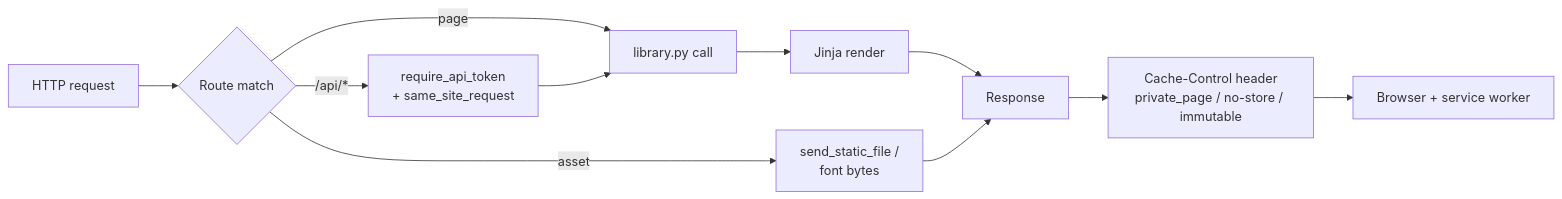
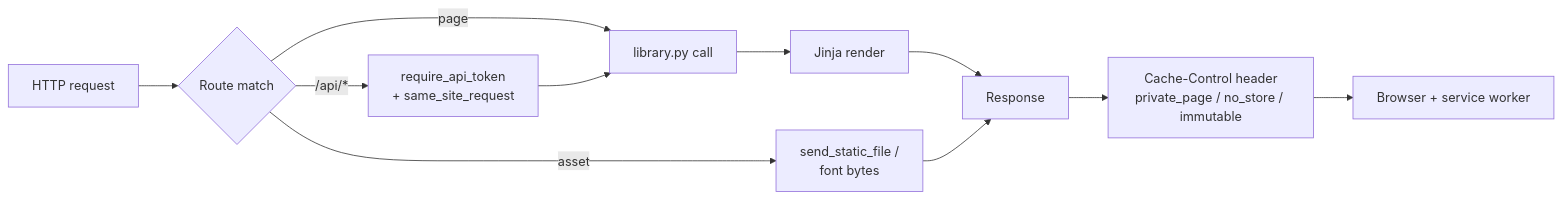
One commit to OnixHoque/aayatun changed the fourth of 16 diagrams in ARCHITECTURE.md. Above: the diagram before and after it, drawn with Mermaid. The commit also changed other lines of this file, not shown here.

First line of the commit message:
Rewrite ARCHITECTURE.md as a modular operations manual

````diff
--- a/ARCHITECTURE.md
+++ b/ARCHITECTURE.md
@@ -134,13 +274,13 @@
 ```mermaid
 flowchart LR
     A["HTTP request"] --> B{"Route match"}
     B -->|"page"| C["library.py call"]
     B -->|"/api/*"| D["require_api_token<br/>+ same_site_request"]
     B -->|"asset"| E["send_static_file /<br/>font bytes"]
     C --> F["Jinja render"]
     D --> C
     F --> G["Response"]
     E --> G
-    G --> H["Cache-Control header<br/>private_page / no-store / immutable"]
+    G --> H["Cache-Control header<br/>private_page / no_store / immutable"]
     H --> I["Browser + service worker"]
 ```
````
